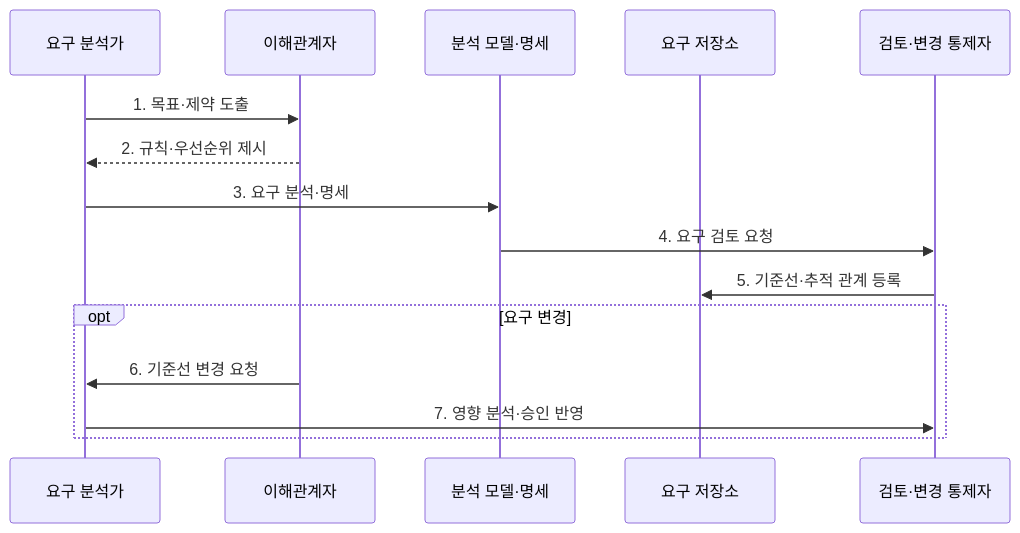
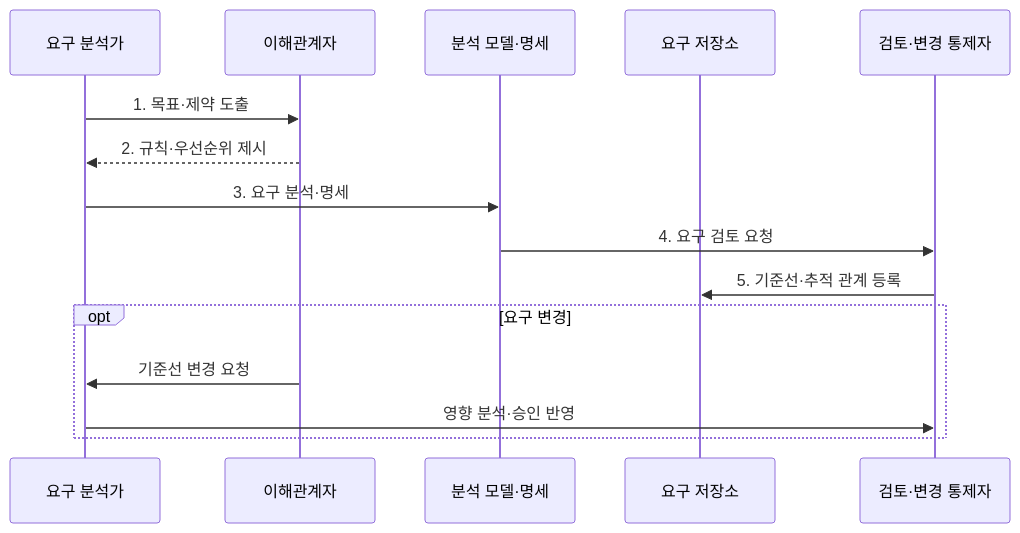
The second of 2 diagrams in src/content/docs/notes/03-software/036_requirements_analysis.md (agnusdei1207/knowledge-base), drawn with Mermaid before and after one commit. The commit also changed other lines of this file and 238 other files, not shown here.

````diff
--- a/src/content/docs/notes/03-software/036_requirements_analysis.md
+++ b/src/content/docs/notes/03-software/036_requirements_analysis.md
@@ -85,17 +87,17 @@
 ```mermaid
 sequenceDiagram
     participant A as 요구 분석가
     participant S as 이해관계자
     participant M as 분석 모델·명세
     participant R as 요구 저장소
     participant C as 검토·변경 통제자
     A->>S: 1. 목표·제약 도출
     S-->>A: 2. 규칙·우선순위 제시
     A->>M: 3. 요구 분석·명세
     M->>C: 4. 요구 검토 요청
     C->>R: 5. 기준선·추적 관계 등록
     opt 요구 변경
-        S->>A: 6. 기준선 변경 요청
-        A->>C: 7. 영향 분석·승인 반영
+        S->>A: 기준선 변경 요청
+        A->>C: 영향 분석·승인 반영
     end
 ```
````
